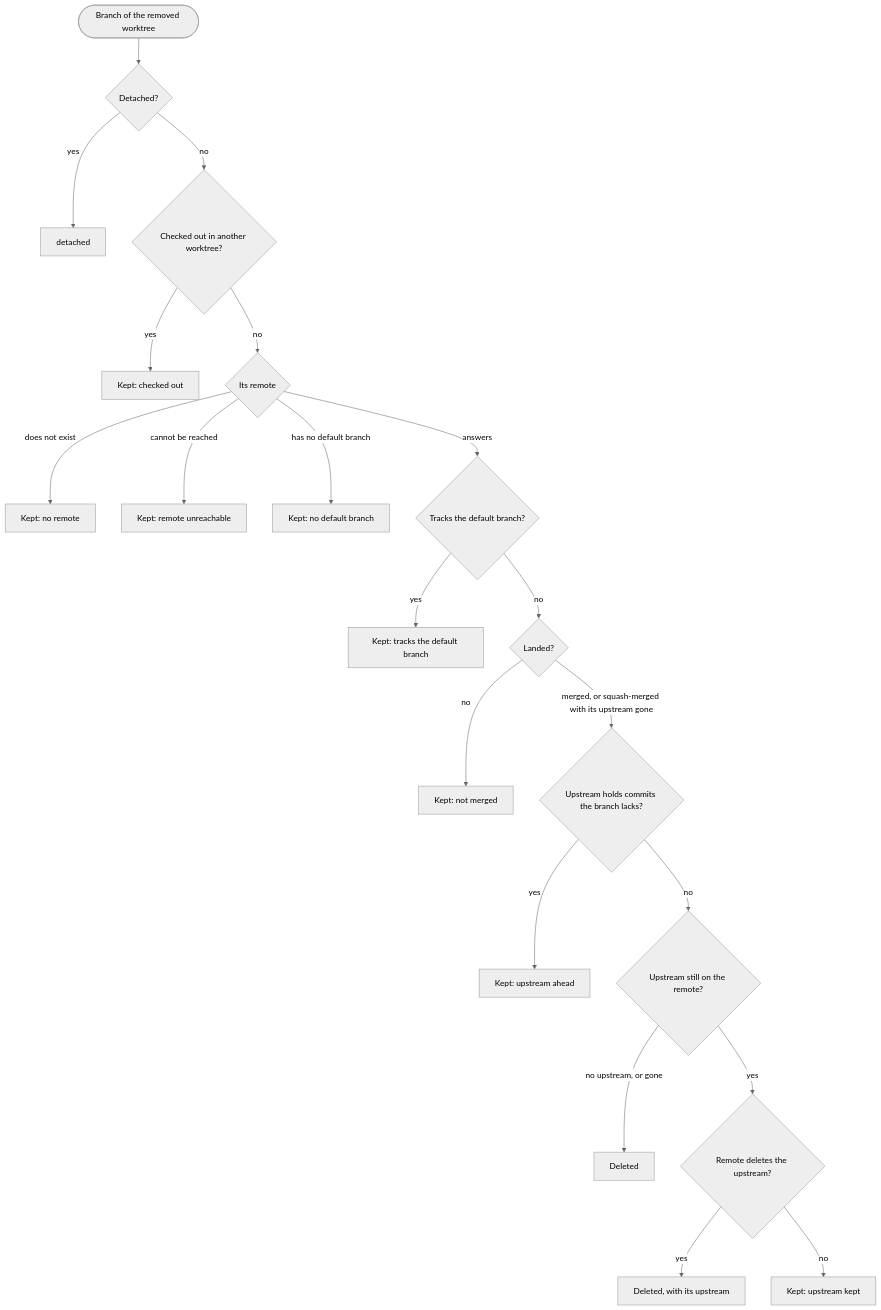
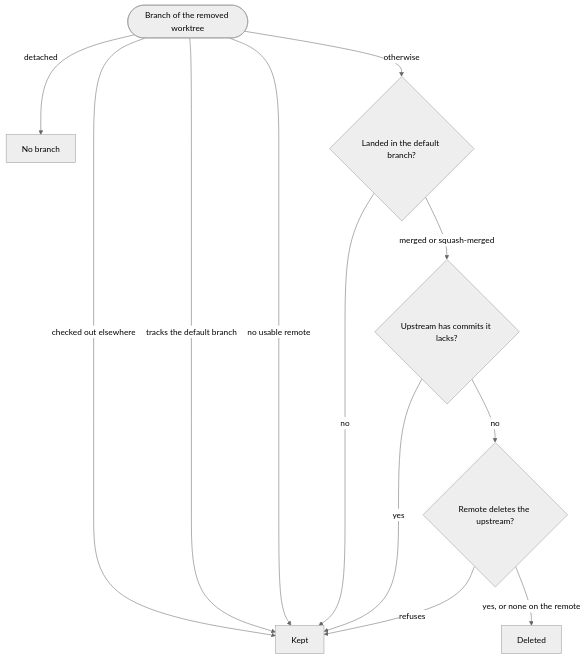
One commit to cniska/agent-worktree changed the diagram in README.md. Above: the diagram before and after it, drawn with Mermaid (neutral theme).

Commit message:
docs: simplify remove branch chart

````diff
--- a/README.md
+++ b/README.md
@@ -118,22 +118,14 @@
 ```mermaid
 flowchart TD
-  start(["Branch of the removed worktree"]) --> detached_q{"Detached?"}
-  detached_q -- "yes" --> detached["detached"]
-  detached_q -- "no" --> checked_out_q{"Checked out in another worktree?"}
-  checked_out_q -- "yes" --> checked_out["Kept: checked out"]
-  checked_out_q -- "no" --> remote_q{"Its remote"}
-  remote_q -- "does not exist" --> no_remote["Kept: no remote"]
-  remote_q -- "cannot be reached" --> remote_unreachable["Kept: remote unreachable"]
-  remote_q -- "has no default branch" --> no_default_branch["Kept: no default branch"]
-  remote_q -- "answers" --> tracks_default_q{"Tracks the default branch?"}
-  tracks_default_q -- "yes" --> tracks_default["Kept: tracks the default branch"]
-  tracks_default_q -- "no" --> landed_q{"Landed?"}
-  landed_q -- "no" --> unmerged["Kept: not merged"]
-  landed_q -- "merged, or squash-merged with its upstream gone" --> upstream_ahead_q{"Upstream holds commits the branch lacks?"}
-  upstream_ahead_q -- "yes" --> upstream_ahead["Kept: upstream ahead"]
-  upstream_ahead_q -- "no" --> upstream_q{"Upstream still on the remote?"}
-  upstream_q -- "no upstream, or gone" --> deleted["Deleted"]
-  upstream_q -- "yes" --> delete_upstream{"Remote deletes the upstream?"}
-  delete_upstream -- "yes" --> deleted_both["Deleted, with its upstream"]
-  delete_upstream -- "no" --> upstream_kept["Kept: upstream kept"]
+  branch(["Branch of the removed worktree"]) -- "detached" --> detached["No branch"]
+  branch -- "checked out elsewhere" --> kept["Kept"]
+  branch -- "tracks the default branch" --> kept
+  branch -- "no usable remote" --> kept
+  branch -- "otherwise" --> landed{"Landed in the default branch?"}
+  landed -- "no" --> kept
+  landed -- "merged or squash-merged" --> ahead{"Upstream has commits it lacks?"}
+  ahead -- "yes" --> kept
+  ahead -- "no" --> remote{"Remote deletes the upstream?"}
+  remote -- "refuses" --> kept
+  remote -- "yes, or none on the remote" --> deleted["Deleted"]
 ```
````
